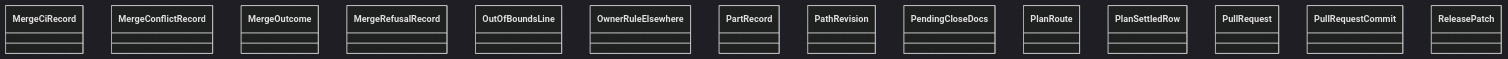
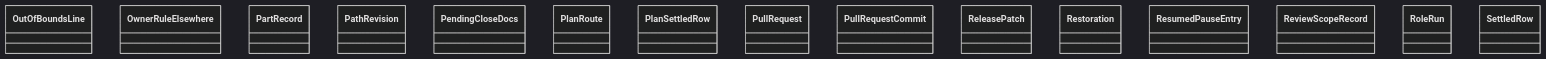
Before and after one commit to GonzaloZevallos/agentic-system: the diagram in docs/architecture/generated/classes-process-domain-state-5.md, drawn with Mermaid (dark theme). The commit also changed 19 other files, not shown here.

First line of the commit message:
Record size, risks and the task path at classification without routing on them (GH-591, part 1)

````diff
--- a/docs/architecture/generated/classes-process-domain-state-5.md
+++ b/docs/architecture/generated/classes-process-domain-state-5.md
@@ -23,17 +23,18 @@
 ```mermaid
 classDiagram
-    class task__MergeCiRecord["MergeCiRecord"]
-    class task__MergeConflictRecord["MergeConflictRecord"]
-    class task__MergeOutcome["MergeOutcome"]
-    class task__MergeRefusalRecord["MergeRefusalRecord"]
     class task__OutOfBoundsLine["OutOfBoundsLine"]
     class task__OwnerRuleElsewhere["OwnerRuleElsewhere"]
     class task__PartRecord["PartRecord"]
     class task__PathRevision["PathRevision"]
     class task__PendingCloseDocs["PendingCloseDocs"]
     class task__PlanRoute["PlanRoute"]
     class task__PlanSettledRow["PlanSettledRow"]
     class task__PullRequest["PullRequest"]
     class task__PullRequestCommit["PullRequestCommit"]
     class task__ReleasePatch["ReleasePatch"]
+    class task__Restoration["Restoration"]
+    class task__ResumedPauseEntry["ResumedPauseEntry"]
+    class task__ReviewScopeRecord["ReviewScopeRecord"]
+    class task__RoleRun["RoleRun"]
+    class task__SettledRow["SettledRow"]
 ```
````
